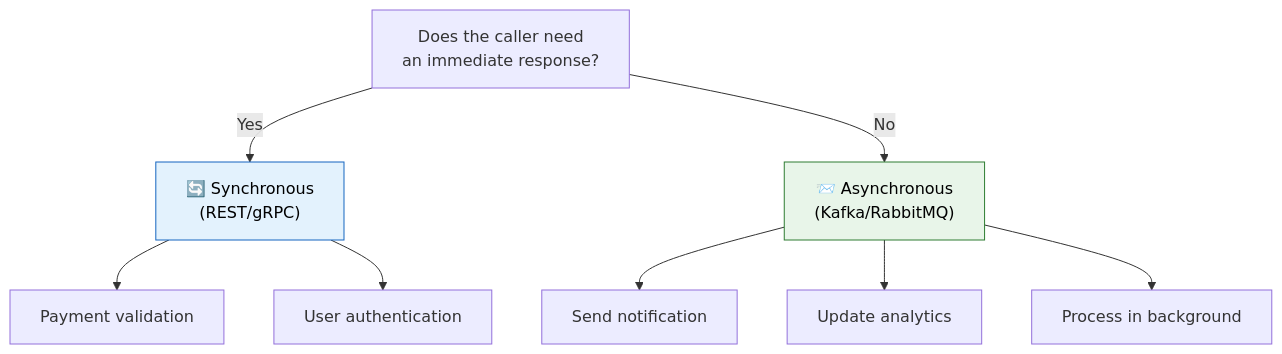
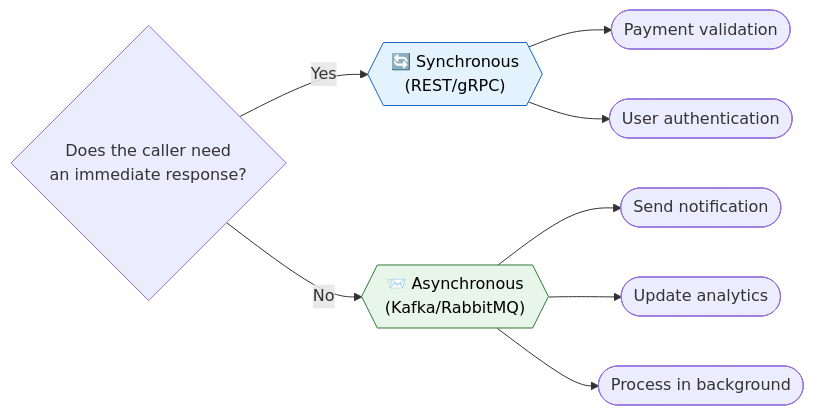
One commit to saivamsikaruturi/vamsilabs-dev-notes-main changed the second of 3 diagrams in docs/microservices/AsyncCommunicationUsingKafka.md. Above: the diagram before and after it, drawn with Mermaid. The commit also changed other lines of this file and 146 other files, not shown here.

Commit message:
Horizontal diagrams, UML class diagrams, typography overhaul, and permalink cleanup

````diff
--- a/docs/microservices/AsyncCommunicationUsingKafka.md
+++ b/docs/microservices/AsyncCommunicationUsingKafka.md
@@ -28,16 +28,16 @@
 ```mermaid
-flowchart TD
-    Q["Does the caller need<br/>an immediate response?"]
-    Q -->|"Yes"| Sync["🔄 Synchronous<br/>(REST/gRPC)"]
-    Q -->|"No"| Async["📨 Asynchronous<br/>(Kafka/RabbitMQ)"]
+flowchart LR
+    Q{"Does the caller need<br/>an immediate response?"}
+    Q -->|"Yes"| Sync{{"🔄 Synchronous<br/>(REST/gRPC)"}}
+    Q -->|"No"| Async{{"📨 Asynchronous<br/>(Kafka/RabbitMQ)"}}
     
-    Sync --> S1["Payment validation"]
-    Sync --> S2["User authentication"]
+    Sync --> S1(["Payment validation"])
+    Sync --> S2(["User authentication"])
     
-    Async --> A1["Send notification"]
-    Async --> A2["Update analytics"]
-    Async --> A3["Process in background"]
+    Async --> A1(["Send notification"])
+    Async --> A2(["Update analytics"])
+    Async --> A3(["Process in background"])
 
     style Sync fill:#E3F2FD,stroke:#1565C0,color:#000
     style Async fill:#E8F5E9,stroke:#2E7D32,color:#000
 ```
````
